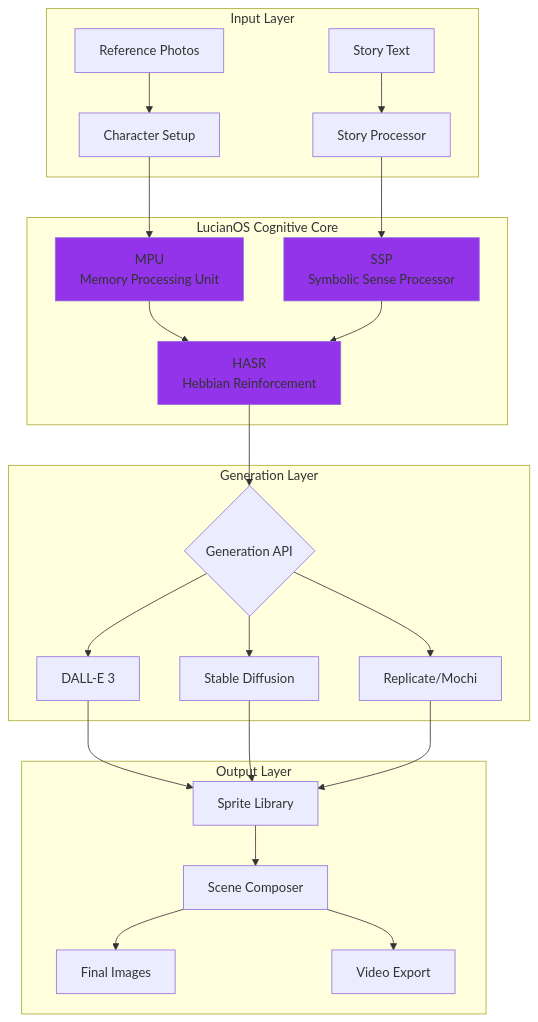
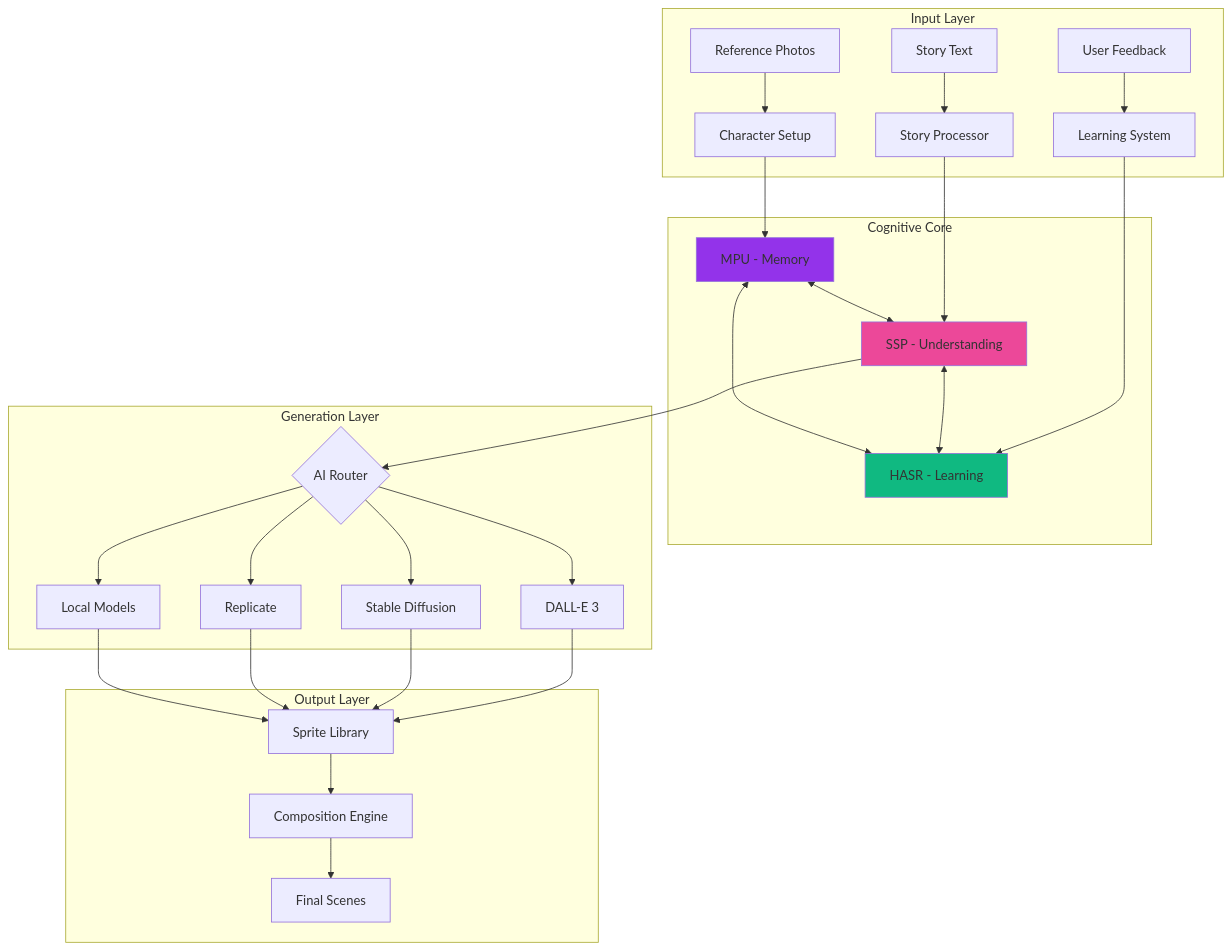
Before and after one commit to alright-alright/LucianMirror: the first of 2 diagrams in README.md, drawn with Mermaid. The commit also changed other lines of this file, not shown here.

````diff
--- a/README.md
+++ b/README.md
@@ -71,34 +34,38 @@
 ```mermaid
 graph TB
     subgraph "Input Layer"
         A[Reference Photos] --> B[Character Setup]
         C[Story Text] --> D[Story Processor]
+        E[User Feedback] --> F[Learning System]
     end
     
-    subgraph "LucianOS Cognitive Core"
-        B --> E[MPU<br/>Memory Processing Unit]
-        D --> F[SSP<br/>Symbolic Sense Processor]
-        E --> G[HASR<br/>Hebbian Reinforcement]
-        F --> G
+    subgraph "Cognitive Core"
+        B --> G[MPU - Memory]
+        D --> H[SSP - Understanding]
+        F --> I[HASR - Learning]
+        G <--> H
+        H <--> I
+        I <--> G
     end
     
     subgraph "Generation Layer"
-        G --> H{Generation API}
-        H --> I[DALL-E 3]
-        H --> J[Stable Diffusion]
-        H --> K[Replicate/Mochi]
+        H --> J{AI Router}
+        J --> K[DALL-E 3]
+        J --> L[Stable Diffusion]
+        J --> M[Replicate]
+        J --> N[Local Models]
     end
     
     subgraph "Output Layer"
-        I --> L[Sprite Library]
-        J --> L
-        K --> L
-        L --> M[Scene Composer]
-        M --> N[Final Images]
-        M --> O[Video Export]
+        K --> O[Sprite Library]
+        L --> O
+        M --> O
+        N --> O
+        O --> P[Composition Engine]
+        P --> Q[Final Scenes]
     end
     
-    style E fill:#9333ea
-    style F fill:#9333ea
     style G fill:#9333ea
+    style H fill:#ec4899
+    style I fill:#10b981
 ```
````
